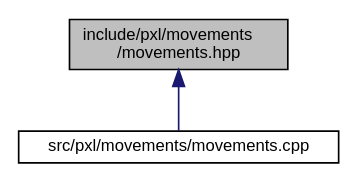
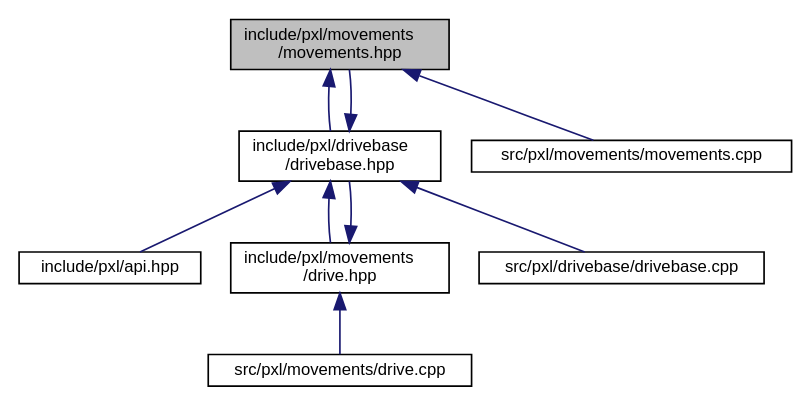
One commit to Pixel-Lib/Pixel changed the diagram in movements_8hpp__dep__incl.dot. Above: the diagram before and after it, drawn with Graphviz. The commit also changed 29 other files, not shown here.

```diff
--- a/movements_8hpp__dep__incl.dot
+++ b/movements_8hpp__dep__incl.dot
@@ -1,9 +1,21 @@
 digraph "include/pxl/movements/movements.hpp"
 {
  // LATEX_PDF_SIZE
   edge [fontname="Helvetica",fontsize="10",labelfontname="Helvetica",labelfontsize="10"];
   node [fontname="Helvetica",fontsize="10",shape=record];
   Node1 [label="include/pxl/movements\l/movements.hpp",height=0.2,width=0.4,color="black", fillcolor="grey75", style="filled", fontcolor="black",tooltip=" "];
   Node1 -> Node2 [dir="back",color="midnightblue",fontsize="10",style="solid",fontname="Helvetica"];
-  Node2 [label="src/pxl/movements/movements.cpp",height=0.2,width=0.4,color="black", fillcolor="white", style="filled",URL="$movements_8cpp.html",tooltip=" "];
+  Node2 [label="include/pxl/drivebase\l/drivebase.hpp",height=0.2,width=0.4,color="black", fillcolor="white", style="filled",URL="$drivebase_8hpp.html",tooltip=" "];
+  Node2 -> Node3 [dir="back",color="midnightblue",fontsize="10",style="solid",fontname="Helvetica"];
+  Node3 [label="include/pxl/api.hpp",height=0.2,width=0.4,color="black", fillcolor="white", style="filled",URL="$api_8hpp.html",tooltip=" "];
+  Node2 -> Node4 [dir="back",color="midnightblue",fontsize="10",style="solid",fontname="Helvetica"];
+  Node4 [label="include/pxl/movements\l/drive.hpp",height=0.2,width=0.4,color="black", fillcolor="white", style="filled",URL="$drive_8hpp.html",tooltip=" "];
+  Node4 -> Node2 [dir="back",color="midnightblue",fontsize="10",style="solid",fontname="Helvetica"];
+  Node4 -> Node5 [dir="back",color="midnightblue",fontsize="10",style="solid",fontname="Helvetica"];
+  Node5 [label="src/pxl/movements/drive.cpp",height=0.2,width=0.4,color="black", fillcolor="white", style="filled",URL="$drive_8cpp.html",tooltip=" "];
+  Node2 -> Node1 [dir="back",color="midnightblue",fontsize="10",style="solid",fontname="Helvetica"];
+  Node2 -> Node6 [dir="back",color="midnightblue",fontsize="10",style="solid",fontname="Helvetica"];
+  Node6 [label="src/pxl/drivebase/drivebase.cpp",height=0.2,width=0.4,color="black", fillcolor="white", style="filled",URL="$drivebase_8cpp.html",tooltip=" "];
+  Node1 -> Node7 [dir="back",color="midnightblue",fontsize="10",style="solid",fontname="Helvetica"];
+  Node7 [label="src/pxl/movements/movements.cpp",height=0.2,width=0.4,color="black", fillcolor="white", style="filled",URL="$movements_8cpp.html",tooltip=" "];
 }
```
